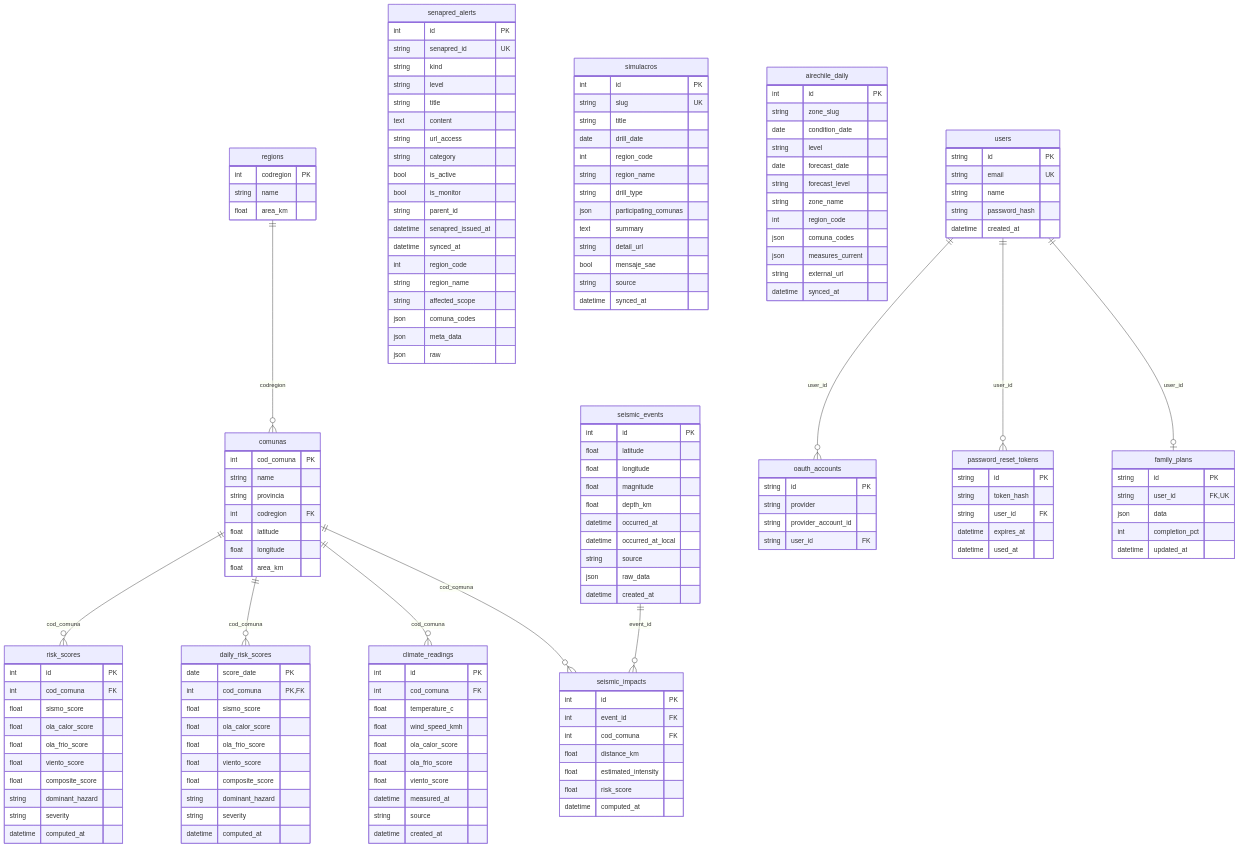
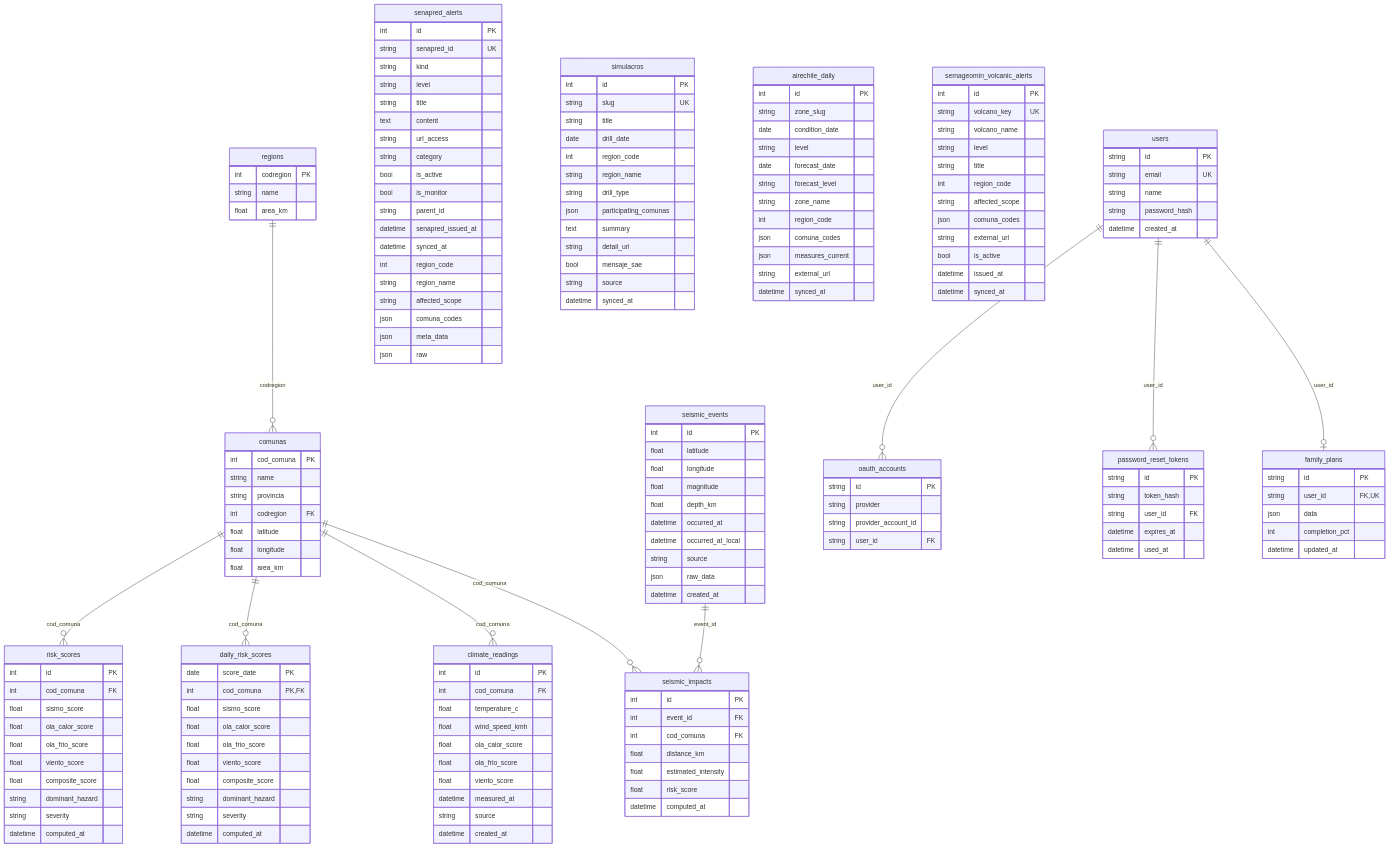
The first of 2 diagrams in backend/docs/DB-SCHEMA.md (Alphabeath/ChileRisk), drawn with Mermaid before and after one commit. The commit also changed other lines of this file and 97 other files, not shown here.

First line of the commit message:
feat: integrate SERNAGEOMIN volcanic alerts into the system

```diff
--- a/backend/docs/DB-SCHEMA.md
+++ b/backend/docs/DB-SCHEMA.md
@@ -135,6 +135,21 @@
         datetime synced_at
     }
 
+    sernageomin_volcanic_alerts {
+        int id PK
+        string volcano_key UK
+        string volcano_name
+        string level
+        string title
+        int region_code
+        string affected_scope
+        json comuna_codes
+        string external_url
+        bool is_active
+        datetime issued_at
+        datetime synced_at
+    }
+
     users {
         string id PK
         string email UK
```
